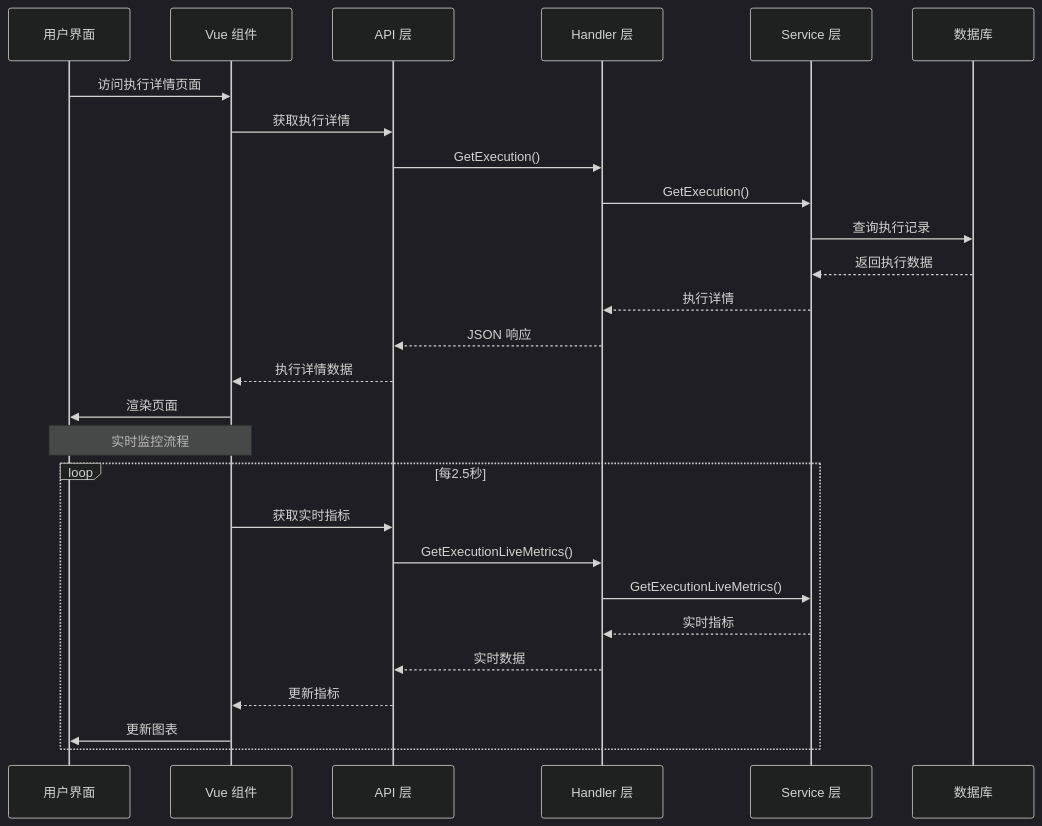
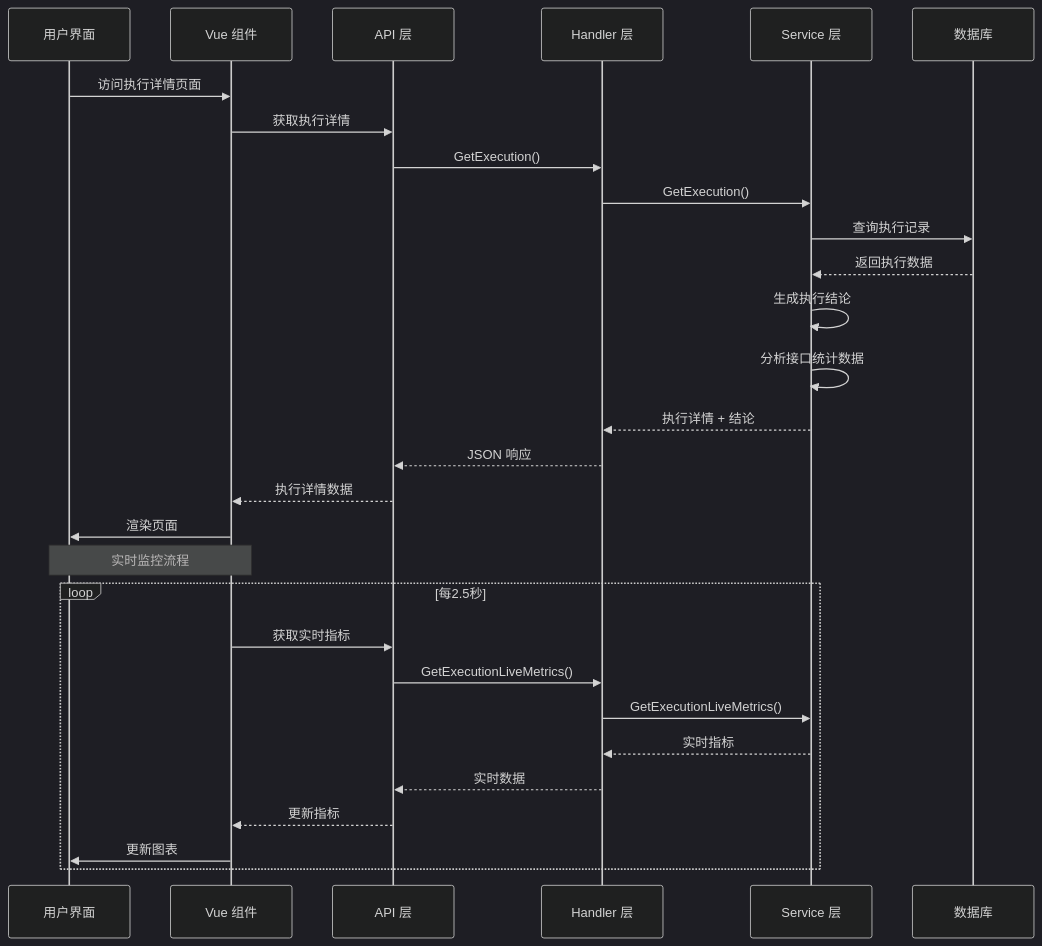
The third of 23 diagrams in .qoder/repowiki/zh/content/Execution Detail View.md (Liyuhao02/Jmeter-Admin), drawn with Mermaid (dark theme) before and after one commit. The commit also changed other lines of this file and 13 other files, not shown here.

````diff
--- a/.qoder/repowiki/zh/content/Execution Detail View.md
+++ b/.qoder/repowiki/zh/content/Execution Detail View.md
@@ -153,29 +178,31 @@
 ```mermaid
 sequenceDiagram
 participant U as 用户界面
 participant V as Vue 组件
 participant A as API 层
 participant H as Handler 层
 participant S as Service 层
 participant D as 数据库
 U->>V : 访问执行详情页面
 V->>A : 获取执行详情
 A->>H : GetExecution()
 H->>S : GetExecution()
 S->>D : 查询执行记录
 D-->>S : 返回执行数据
-S-->>H : 执行详情
+S->>S : 生成执行结论
+S->>S : 分析接口统计数据
+S-->>H : 执行详情 + 结论
 H-->>A : JSON 响应
 A-->>V : 执行详情数据
 V->>U : 渲染页面
 Note over V,U : 实时监控流程
 loop 每2.5秒
 V->>A : 获取实时指标
 A->>H : GetExecutionLiveMetrics()
 H->>S : GetExecutionLiveMetrics()
 S-->>H : 实时指标
 H-->>A : 实时数据
 A-->>V : 更新指标
 V->>U : 更新图表
 end
 ```
````
